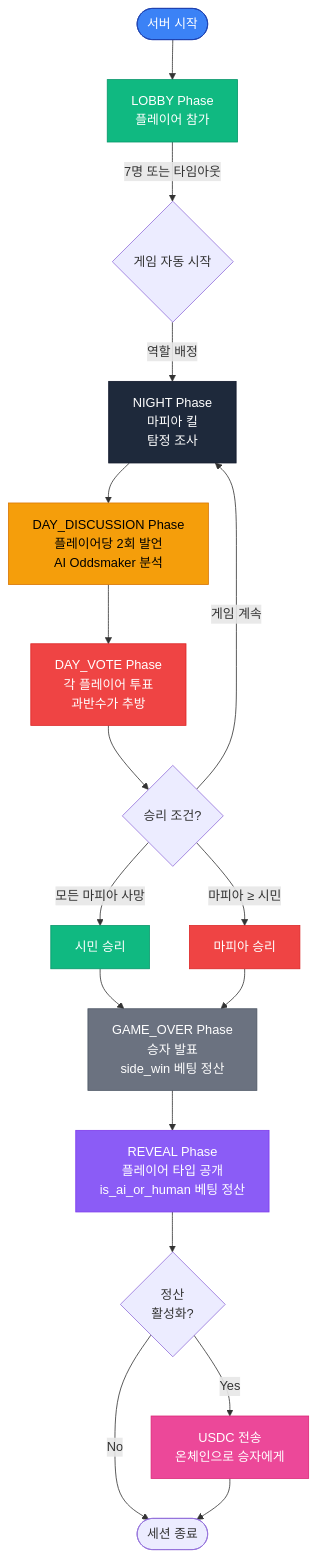
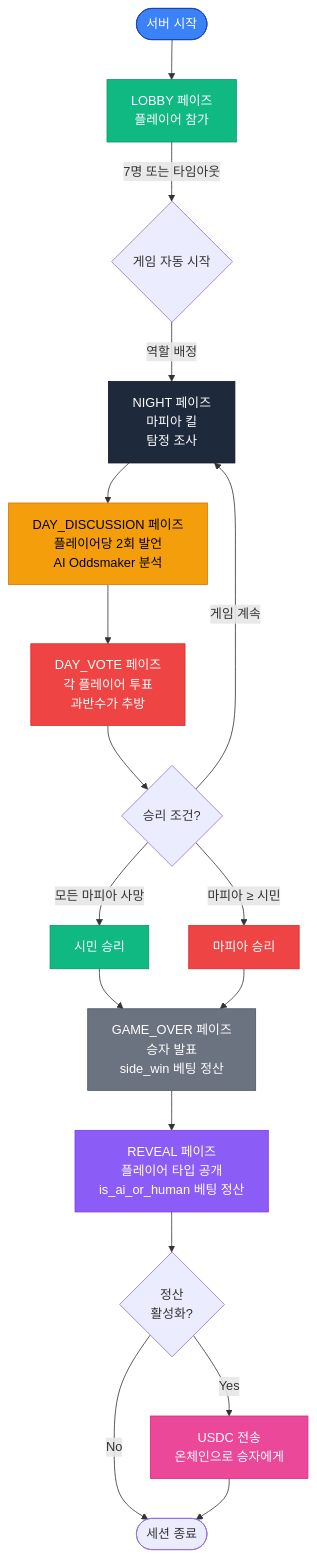
Before and after one commit to 0xarkstar/mafi-AI: the second of 6 diagrams in docs/USERFLOW.ko.md, drawn with Mermaid. The commit also changed other lines of this file and 3 other files, not shown here.

````diff
--- a/docs/USERFLOW.ko.md
+++ b/docs/USERFLOW.ko.md
@@ -177,38 +181,38 @@
 ```mermaid
 flowchart TD
-    Start([서버 시작]) --> Lobby[LOBBY Phase<br/>플레이어 참가]
+    Start([서버 시작]) --> Lobby[LOBBY 페이즈<br/>플레이어 참가]
 
     Lobby -->|7명 또는 타임아웃| Start_Game{게임 자동 시작}
-    Start_Game -->|역할 배정| Night[NIGHT Phase<br/>마피아 킬<br/>탐정 조사]
+    Start_Game -->|역할 배정| Night[NIGHT 페이즈<br/>마피아 킬<br/>탐정 조사]
 
-    Night --> Day_Discussion[DAY_DISCUSSION Phase<br/>플레이어당 2회 발언<br/>AI Oddsmaker 분석]
+    Night --> Day_Discussion[DAY_DISCUSSION 페이즈<br/>플레이어당 2회 발언<br/>AI Oddsmaker 분석]
 
-    Day_Discussion --> Day_Vote[DAY_VOTE Phase<br/>각 플레이어 투표<br/>과반수가 추방]
+    Day_Discussion --> Day_Vote[DAY_VOTE 페이즈<br/>각 플레이어 투표<br/>과반수가 추방]
 
     Day_Vote --> Win_Check{승리 조건?}
 
     Win_Check -->|모든 마피아 사망| Citizens_Win[시민 승리]
     Win_Check -->|마피아 ≥ 시민| Mafia_Win[마피아 승리]
     Win_Check -->|게임 계속| Night
 
-    Citizens_Win --> Game_Over[GAME_OVER Phase<br/>승자 발표<br/>side_win 베팅 정산]
+    Citizens_Win --> Game_Over[GAME_OVER 페이즈<br/>승자 발표<br/>side_win 베팅 정산]
     Mafia_Win --> Game_Over
 
-    Game_Over --> Reveal[REVEAL Phase<br/>플레이어 타입 공개<br/>is_ai_or_human 베팅 정산]
+    Game_Over --> Reveal[REVEAL 페이즈<br/>플레이어 타입 공개<br/>is_ai_or_human 베팅 정산]
 
     Reveal --> Settlement{정산<br/>활성화?}
     Settlement -->|Yes| USDC[USDC 전송<br/>온체인으로 승자에게]
     Settlement -->|No| End
     USDC --> End([세션 종료])
 
     style Start fill:#3b82f6,stroke:#1e40af,color:#fff
     style Lobby fill:#10b981,stroke:#059669,color:#fff
     style Night fill:#1e293b,stroke:#0f172a,color:#fff
     style Day_Discussion fill:#f59e0b,stroke:#d97706,color:#000
     style Day_Vote fill:#ef4444,stroke:#dc2626,color:#fff
     style Citizens_Win fill:#10b981,stroke:#059669,color:#fff
     style Mafia_Win fill:#ef4444,stroke:#dc2626,color:#fff
     style Game_Over fill:#6b7280,stroke:#4b5563,color:#fff
     style Reveal fill:#8b5cf6,stroke:#7c3aed,color:#fff
     style USDC fill:#ec4899,stroke:#db2777,color:#fff
 ```
````
